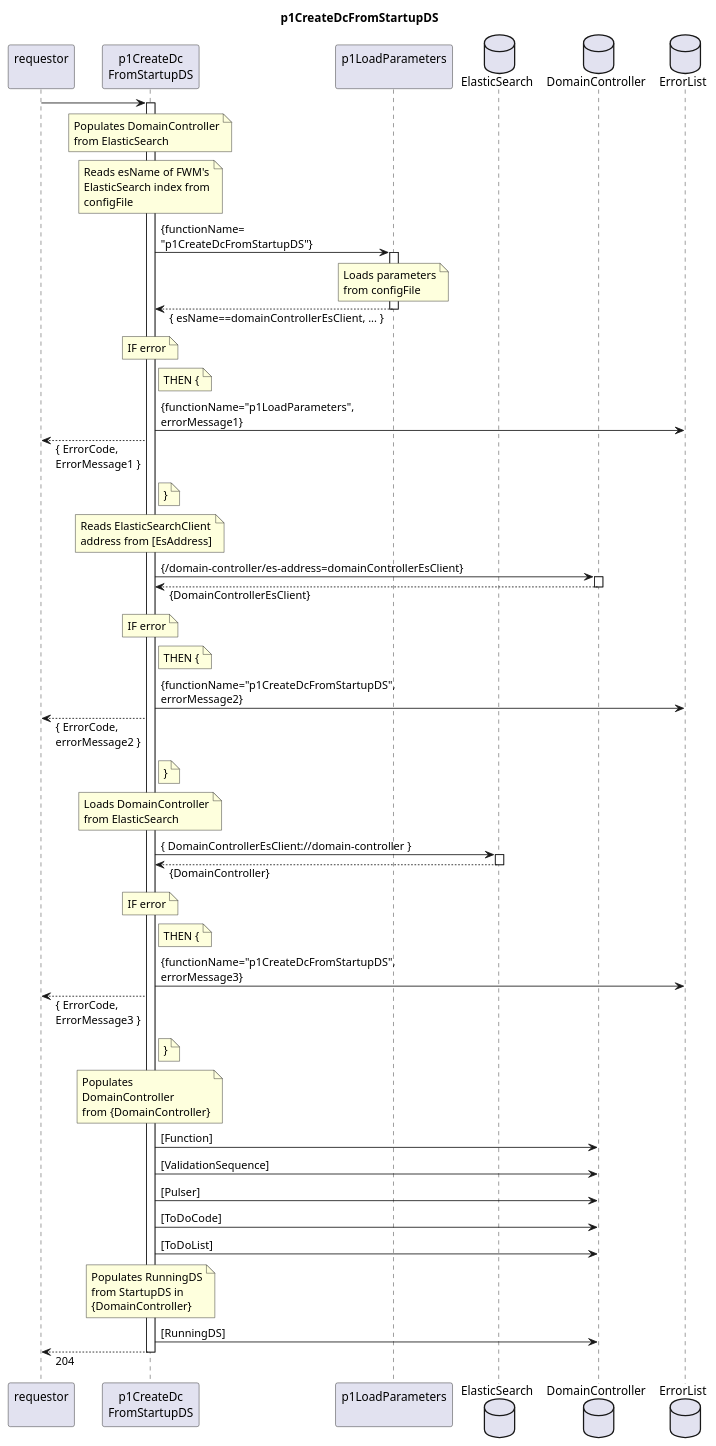
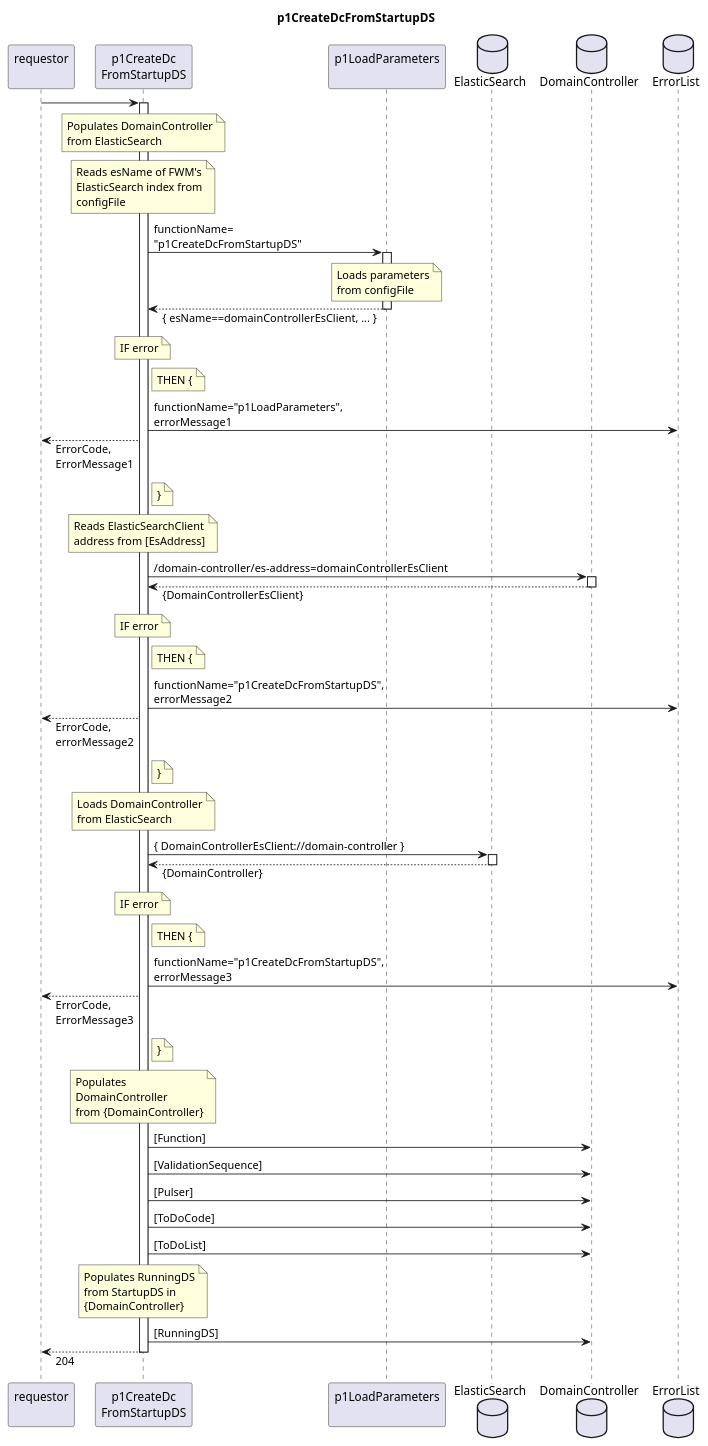
Before and after one commit to openBackhaul/FirmWareManager: the diagram in spec/Functions/Administrative/p1CreateDcFromStartupDS/1.0.0/p1CreateDcFromStartupDS.plantuml, drawn with PlantUML. The commit also changed 105 other files, not shown here.

```diff
--- a/spec/Functions/Administrative/p1CreateDcFromStartupDS/1.0.0/p1CreateDcFromStartupDS.plantuml
+++ b/spec/Functions/Administrative/p1CreateDcFromStartupDS/1.0.0/p1CreateDcFromStartupDS.plantuml
@@ -1,109 +1,109 @@
 @startuml p1CreateDcFromStartupDS
 skinparam responseMessageBelowArrow true
 
 title
   p1CreateDcFromStartupDS
 end title
 
 participant "requestor\n" as requestor
 participant "p1CreateDc\nFromStartupDS" as p1CDCFS
 participant "p1LoadParameters\n" as p1LP
 
 database "ElasticSearch" as StartDS
 database "DomainController" as DC
 database "ErrorList" as hEL
 
 requestor -> p1CDCFS
 activate p1CDCFS
   note over p1CDCFS
     Populates DomainController
     from ElasticSearch
   end note
 
   note over p1CDCFS
     Reads esName of FWM's
     ElasticSearch index from
     configFile
   end note
-  p1CDCFS -> p1LP: {functionName=\n"p1CreateDcFromStartupDS"}
+  p1CDCFS -> p1LP: functionName=\n"p1CreateDcFromStartupDS"
   activate p1LP
     note over p1LP
       Loads parameters
       from configFile
     end note
   p1CDCFS <-- p1LP : { esName==domainControllerEsClient, ... }
   deactivate p1LP
   note over p1CDCFS
     IF error
   end note
   note right p1CDCFS
     THEN {
   end note
-  p1CDCFS -> hEL: {functionName="p1LoadParameters",\nerrorMessage1}
-  requestor <-- p1CDCFS : { ErrorCode,\nErrorMessage1 }
+  p1CDCFS -> hEL: functionName="p1LoadParameters",\nerrorMessage1
+  requestor <-- p1CDCFS: ErrorCode,\nErrorMessage1
   note right p1CDCFS
     }
   end note
 
   note over p1CDCFS
     Reads ElasticSearchClient
     address from [EsAddress]
   end note
-  p1CDCFS -> DC: {/domain-controller/es-address=domainControllerEsClient}
+  p1CDCFS -> DC: /domain-controller/es-address=domainControllerEsClient
   activate DC
   p1CDCFS <-- DC: {DomainControllerEsClient}
   deactivate DC
   note over p1CDCFS
     IF error
   end note
   note right p1CDCFS
     THEN {
   end note
-  p1CDCFS -> hEL: {functionName="p1CreateDcFromStartupDS",\nerrorMessage2}
-  requestor <-- p1CDCFS : { ErrorCode,\nerrorMessage2 }
+  p1CDCFS -> hEL: functionName="p1CreateDcFromStartupDS",\nerrorMessage2
+  requestor <-- p1CDCFS: ErrorCode,\nerrorMessage2
   note right p1CDCFS
     }
   end note
 
   note over p1CDCFS
     Loads DomainController
     from ElasticSearch
   end note
   p1CDCFS -> StartDS: { DomainControllerEsClient://domain-controller }
   activate StartDS
   p1CDCFS <-- StartDS: {DomainController}
   deactivate StartDS
   note over p1CDCFS
     IF error
   end note
   note right p1CDCFS
     THEN {
   end note
-  p1CDCFS -> hEL: {functionName="p1CreateDcFromStartupDS",\nerrorMessage3}
-  requestor <-- p1CDCFS : { ErrorCode,\nErrorMessage3 }
+  p1CDCFS -> hEL: functionName="p1CreateDcFromStartupDS",\nerrorMessage3
+  requestor <-- p1CDCFS: ErrorCode,\nErrorMessage3
   note right p1CDCFS
     }
   end note
 
   note over p1CDCFS
     Populates
     DomainController
     from {DomainController}
   end note
   p1CDCFS -> DC: [Function]
   p1CDCFS -> DC: [ValidationSequence]
   p1CDCFS -> DC: [Pulser]
   p1CDCFS -> DC: [ToDoCode]
   p1CDCFS -> DC: [ToDoList]
 
   note over p1CDCFS
     Populates RunningDS
     from StartupDS in
     {DomainController}
   end note
   p1CDCFS -> DC: [RunningDS]
 
 requestor <-- p1CDCFS: 204
 deactivate p1CDCFS
 
 @enduml
```
